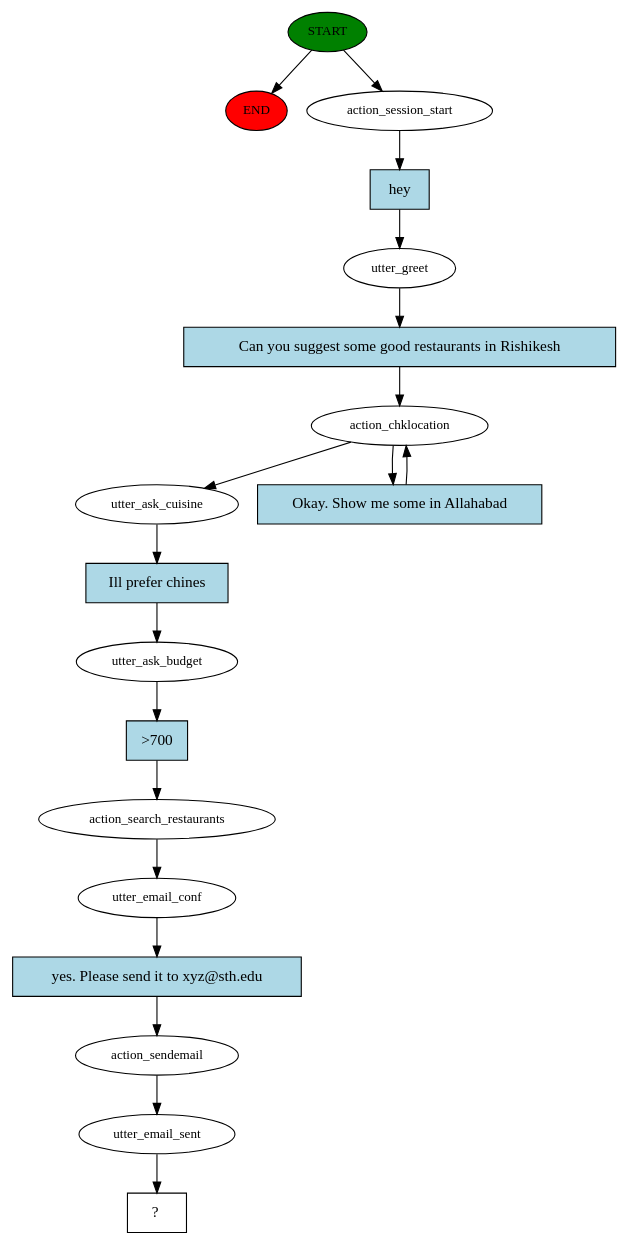
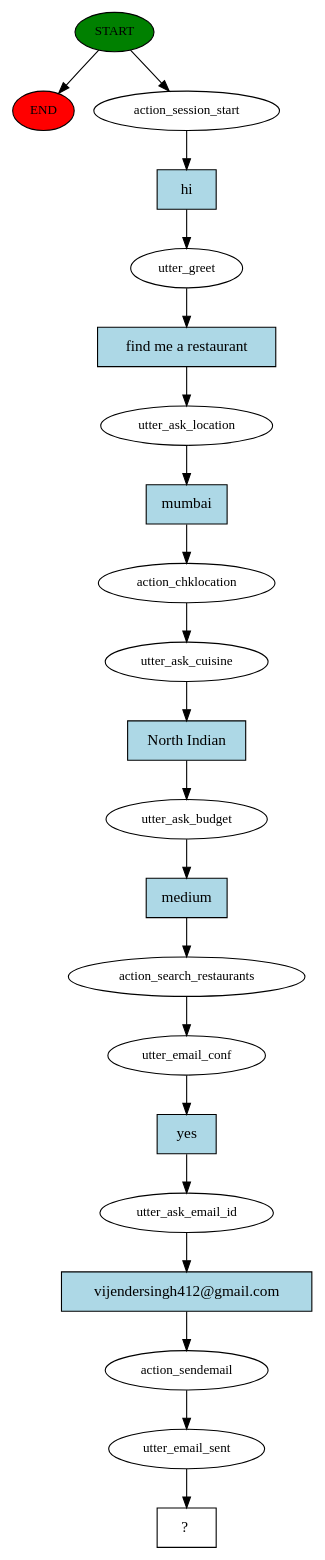
Before and after one commit to vijender412/Foodie_rasa_2.0: the diagram in story_graph.dot, drawn with Graphviz. The commit also changed 25 other files, not shown here.

```diff
--- a/story_graph.dot
+++ b/story_graph.dot
@@ -1,38 +1,43 @@
 digraph  {
 0 [class="start active", fillcolor=green, fontsize=12, label=START, style=filled];
 "-1" [class=end, fillcolor=red, fontsize=12, label=END, style=filled];
 1 [class=active, fontsize=12, label=action_session_start];
 2 [class=active, fontsize=12, label=utter_greet];
-3 [class=active, fontsize=12, label=action_chklocation];
+3 [class=active, fontsize=12, label=utter_ask_location];
+4 [class=active, fontsize=12, label=action_chklocation];
 5 [class=active, fontsize=12, label=utter_ask_cuisine];
 6 [class=active, fontsize=12, label=utter_ask_budget];
 7 [class=active, fontsize=12, label=action_search_restaurants];
 8 [class=active, fontsize=12, label=utter_email_conf];
-9 [class=active, fontsize=12, label=action_sendemail];
-10 [class=active, fontsize=12, label=utter_email_sent];
-11 [class="intent dashed active", label="  ?  ", shape=rect];
-12 [class="intent active", fillcolor=lightblue, label=hey, shape=rect, style=filled];
-13 [class="intent active", fillcolor=lightblue, label="Can you suggest some good restaurants in Rishikesh", shape=rect, style=filled];
-14 [class="intent active", fillcolor=lightblue, label="Okay. Show me some in Allahabad", shape=rect, style=filled];
-15 [class="intent active", fillcolor=lightblue, label="Ill prefer chines", shape=rect, style=filled];
-16 [class="intent active", fillcolor=lightblue, label=">700", shape=rect, style=filled];
-17 [class="intent active", fillcolor=lightblue, label="yes. Please send it to xyz@sth.edu", shape=rect, style=filled];
+9 [class=active, fontsize=12, label=utter_ask_email_id];
+10 [class=active, fontsize=12, label=action_sendemail];
+11 [class=active, fontsize=12, label=utter_email_sent];
+12 [class="intent dashed active", label="  ?  ", shape=rect];
+13 [class="intent active", fillcolor=lightblue, label=hi, shape=rect, style=filled];
+14 [class="intent active", fillcolor=lightblue, label="find me a restaurant", shape=rect, style=filled];
+15 [class="intent active", fillcolor=lightblue, label=mumbai, shape=rect, style=filled];
+16 [class="intent active", fillcolor=lightblue, label="North Indian", shape=rect, style=filled];
+17 [class="intent active", fillcolor=lightblue, label=medium, shape=rect, style=filled];
+18 [class="intent active", fillcolor=lightblue, label=yes, shape=rect, style=filled];
+19 [class="intent active", fillcolor=lightblue, label="vijendersingh412@gmail.com", shape=rect, style=filled];
 0 -> "-1"  [class="", key=NONE, label=""];
 0 -> 1  [class=active, key=NONE, label=""];
-1 -> 12  [class=active, key=0];
-2 -> 13  [class=active, key=0];
-3 -> 5  [class=active, key=NONE, label=""];
-3 -> 14  [class=active, key=0];
-5 -> 15  [class=active, key=0];
-6 -> 16  [class=active, key=0];
+1 -> 13  [class=active, key=0];
+2 -> 14  [class=active, key=0];
+3 -> 15  [class=active, key=0];
+4 -> 5  [class=active, key=NONE, label=""];
+5 -> 16  [class=active, key=0];
+6 -> 17  [class=active, key=0];
 7 -> 8  [class=active, key=NONE, label=""];
-8 -> 17  [class=active, key=0];
-9 -> 10  [class=active, key=NONE, label=""];
+8 -> 18  [class=active, key=0];
+9 -> 19  [class=active, key=0];
 10 -> 11  [class=active, key=NONE, label=""];
-12 -> 2  [class=active, key=0];
-13 -> 3  [class=active, key=0];
+11 -> 12  [class=active, key=NONE, label=""];
+13 -> 2  [class=active, key=0];
 14 -> 3  [class=active, key=0];
-15 -> 6  [class=active, key=0];
-16 -> 7  [class=active, key=0];
-17 -> 9  [class=active, key=0];
+15 -> 4  [class=active, key=0];
+16 -> 6  [class=active, key=0];
+17 -> 7  [class=active, key=0];
+18 -> 9  [class=active, key=0];
+19 -> 10  [class=active, key=0];
 }
```
